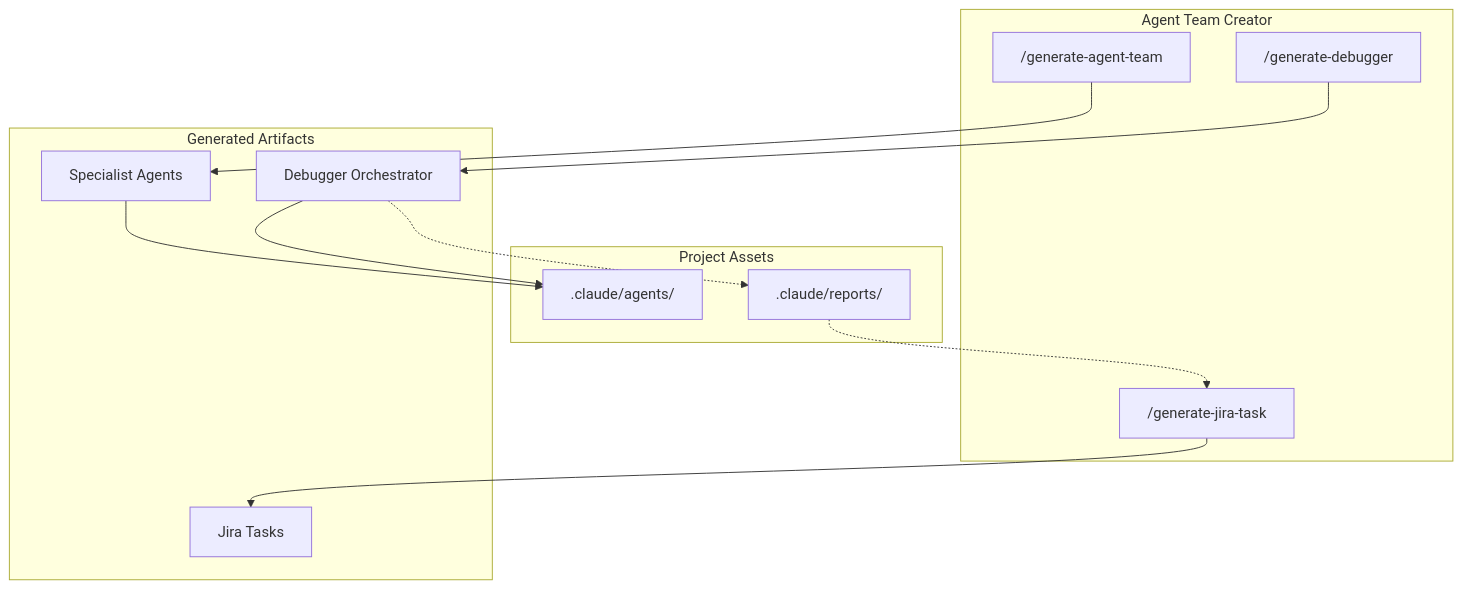
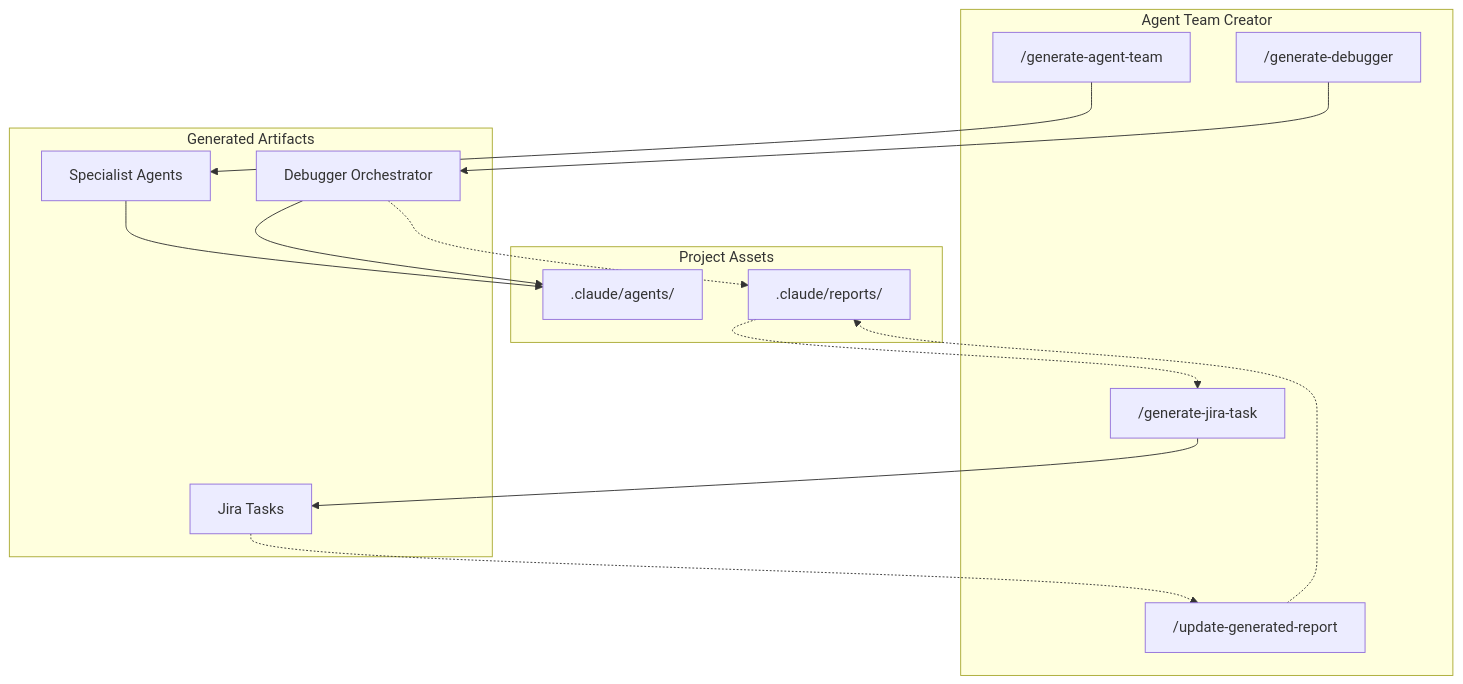
Before and after one commit to Cpicon/claude-code-plugins: the second of 4 diagrams in README.md, drawn with Mermaid. The commit also changed other lines of this file and 11 other files, not shown here.

````diff
--- a/README.md
+++ b/README.md
@@ -51,25 +52,28 @@
 ```mermaid
 flowchart TD
     subgraph "Agent Team Creator"
         CMD1["/generate-agent-team"]
         CMD2["/generate-debugger"]
         CMD3["/generate-jira-task"]
+        CMD4["/update-generated-report"]
     end
 
     subgraph "Generated Artifacts"
         A1["Specialist Agents"]
         A2["Debugger Orchestrator"]
         A3["Jira Tasks"]
     end
 
     subgraph "Project Assets"
         P1[".claude/agents/"]
         P2[".claude/reports/"]
     end
 
     CMD1 --> A1 --> P1
     CMD2 --> A2 --> P1
     A2 -.-> P2
     CMD3 --> A3
     P2 -.-> CMD3
+    CMD4 -.-> P2
+    A3 -.-> CMD4
 ```
````
